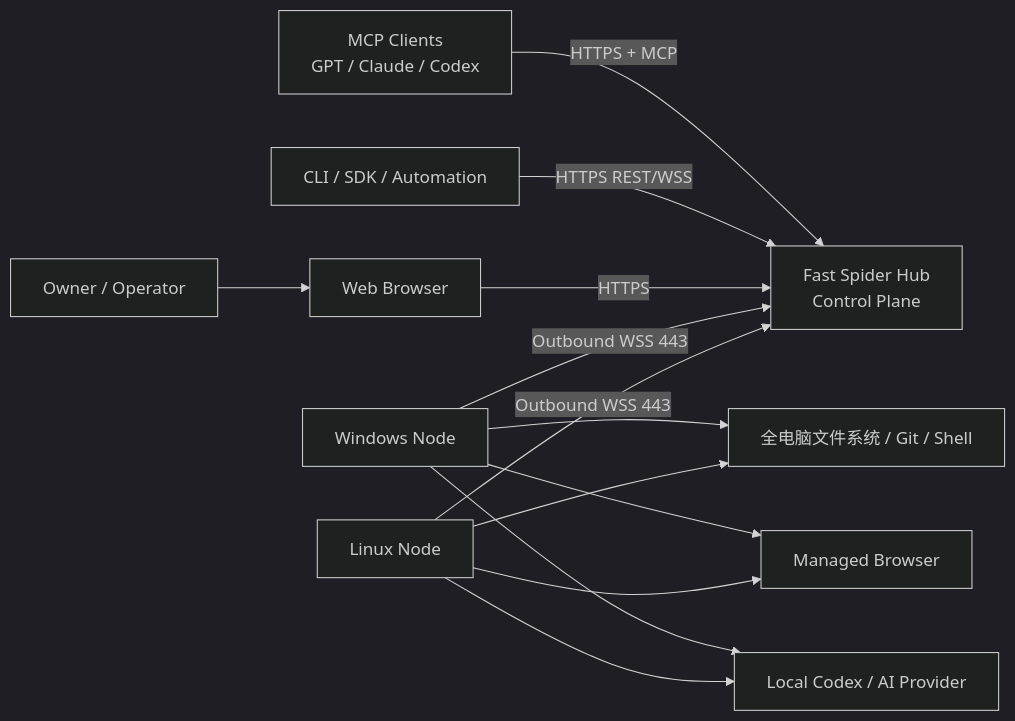
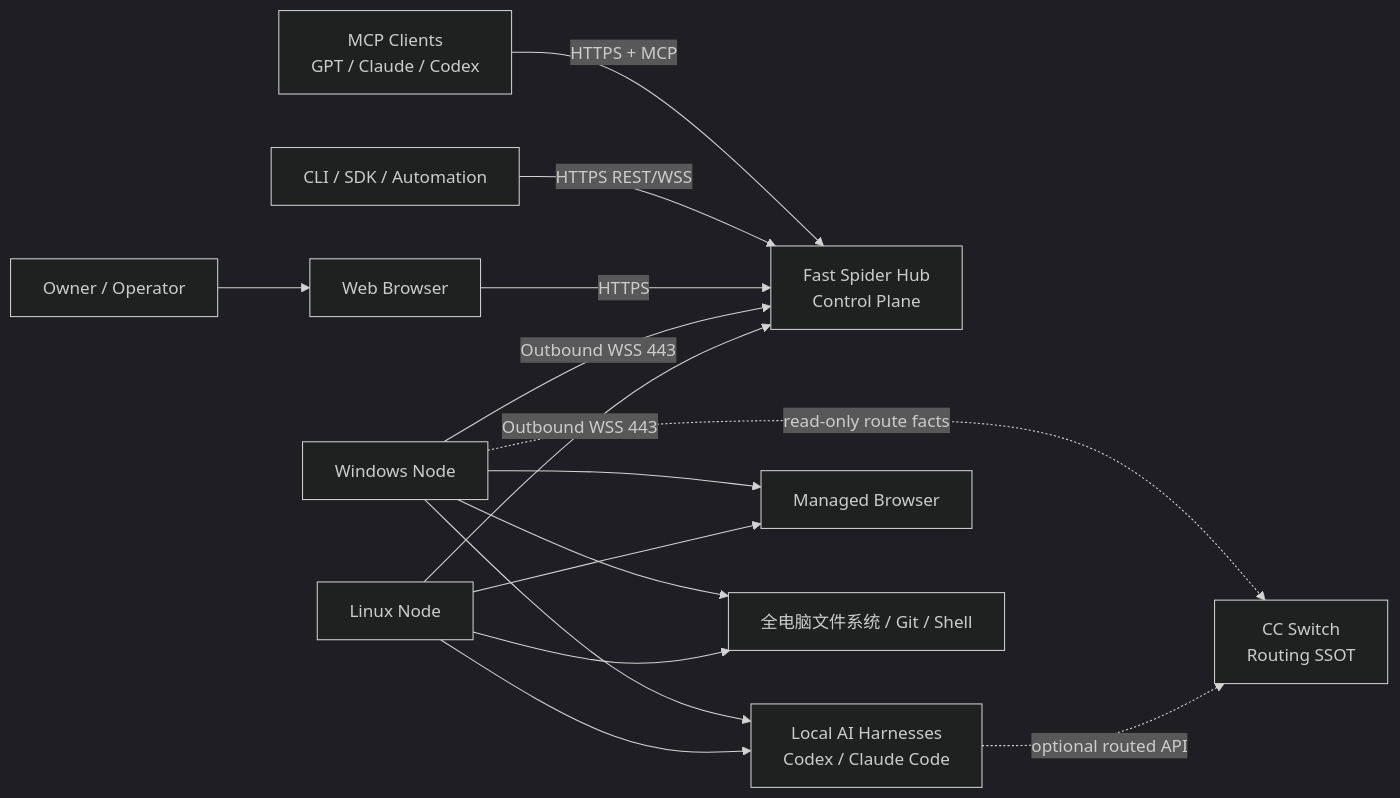
Before and after one commit to isguang2024/fast-spider: the first of 5 diagrams in docs/02-system-architecture.md, drawn with Mermaid (dark theme). The commit also changed other lines of this file and 50 other files, not shown here.

````diff
--- a/docs/02-system-architecture.md
+++ b/docs/02-system-architecture.md
@@ -16,26 +16,29 @@
 ```mermaid
 flowchart LR
     Owner[Owner / Operator]
     MCP[MCP Clients<br/>GPT / Claude / Codex]
     CLI[CLI / SDK / Automation]
     Web[Web Browser]
     Hub[Fast Spider Hub<br/>Control Plane]
     NodeW[Windows Node]
     NodeL[Linux Node]
-    LocalAI[Local Codex / AI Provider]
+    LocalAI[Local AI Harnesses<br/>Codex / Claude Code]
+    CCS[CC Switch<br/>Routing SSOT]
     Browser[Managed Browser]
     FS[全电脑文件系统 / Git / Shell]
 
     Owner --> Web
     MCP -->|HTTPS + MCP| Hub
     CLI -->|HTTPS REST/WSS| Hub
     Web -->|HTTPS| Hub
     NodeW -->|Outbound WSS 443| Hub
     NodeL -->|Outbound WSS 443| Hub
     NodeW --> FS
     NodeL --> FS
     NodeW --> Browser
     NodeL --> Browser
     NodeW --> LocalAI
     NodeL --> LocalAI
+    NodeW -. read-only route facts .-> CCS
+    LocalAI -. optional routed API .-> CCS
 ```
````
